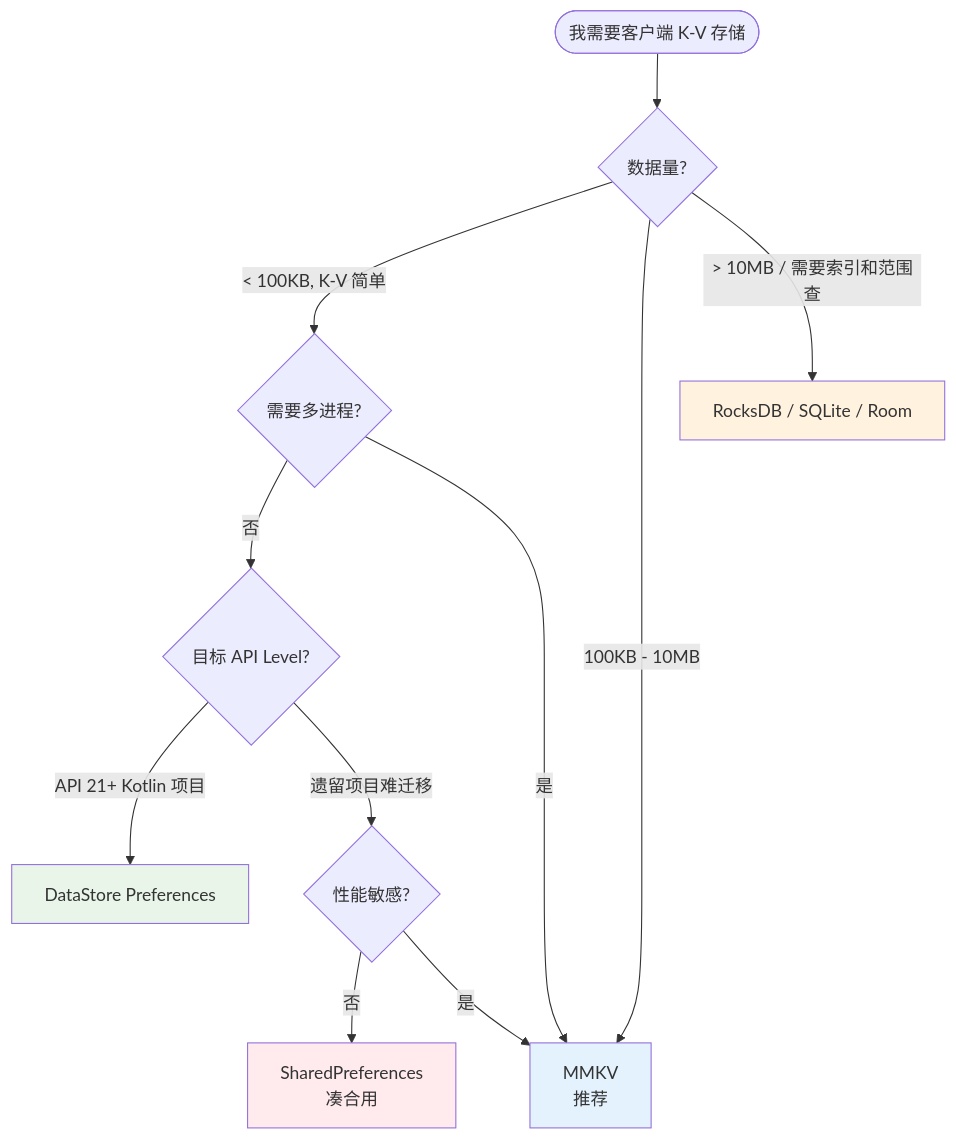
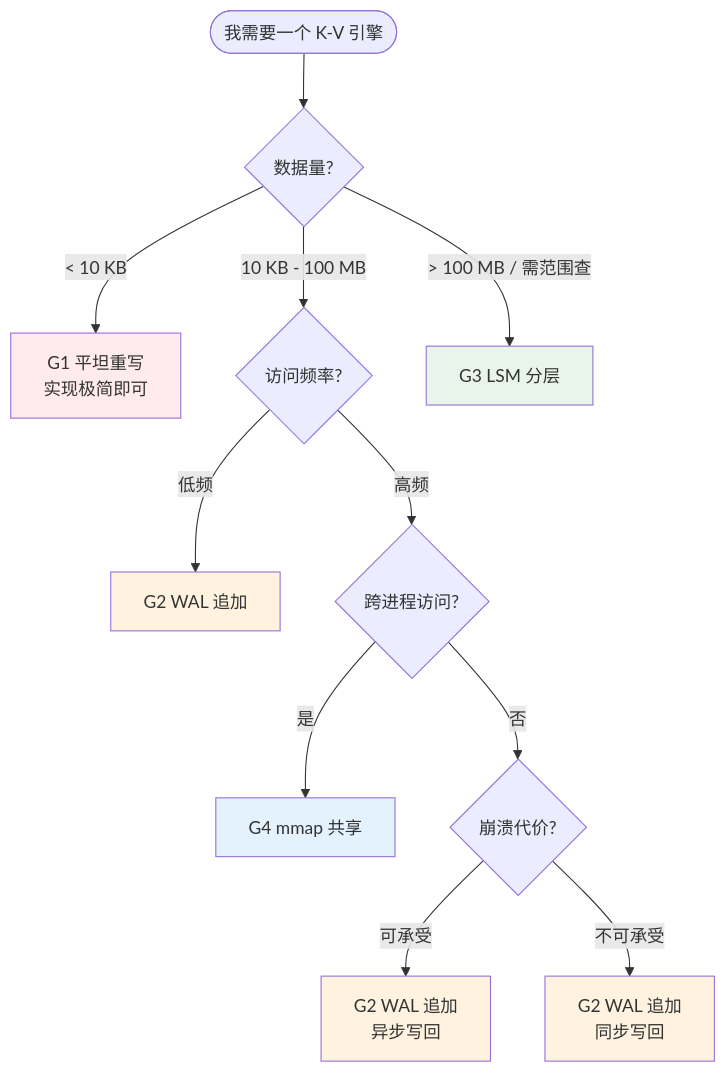
Diagram 24 of 28 in docs/10.真经/05.方案设计思想/04.缓存架构设计思想.md (chongyang211/YCBookBlog), drawn with Mermaid before and after one commit. The commit also changed other lines of this file and 1 other file, not shown here.

````diff
--- a/docs/10.真经/05.方案设计思想/04.缓存架构设计思想.md
+++ b/docs/10.真经/05.方案设计思想/04.缓存架构设计思想.md
@@ -2259,22 +1985,24 @@
 ```mermaid
 flowchart TD
-    Start([我需要客户端 K-V 存储]) --> Q1{数据量?}
+    Start([我需要一个 K-V 引擎]) --> Q1{数据量?}
     
-    Q1 -->|< 100KB, K-V 简单| Q2{需要多进程?}
-    Q1 -->|100KB - 10MB| MMKV[MMKV<br/>推荐]
-    Q1 -->|> 10MB / 需要索引和范围查| DB[RocksDB / SQLite / Room]
+    Q1 -->|< 10 KB| G1[G1 平坦重写<br/>实现极简即可]
+    Q1 -->|10 KB - 100 MB| Q2{访问频率?}
+    Q1 -->|> 100 MB / 需范围查| G3[G3 LSM 分层]
     
-    Q2 -->|否| Q3{目标 API Level?}
-    Q2 -->|是| MMKV
+    Q2 -->|低频| G2[G2 WAL 追加]
+    Q2 -->|高频| Q3{跨进程访问?}
     
-    Q3 -->|API 21+ Kotlin 项目| DataStore[DataStore Preferences]
-    Q3 -->|遗留项目难迁移| Q4{性能敏感?}
+    Q3 -->|是| G4[G4 mmap 共享]
+    Q3 -->|否| Q4{崩溃代价?}
     
-    Q4 -->|否| SP[SharedPreferences<br/>凑合用]
-    Q4 -->|是| MMKV
+    Q4 -->|可承受| G2A[G2 WAL 追加<br/>异步写回]
+    Q4 -->|不可承受| G2B[G2 WAL 追加<br/>同步写回]
     
-    style SP fill:#ffebee
-    style DataStore fill:#e8f5e8
-    style MMKV fill:#e3f2fd
-    style DB fill:#fff3e0
+    style G1 fill:#ffebee
+    style G2 fill:#fff3e0
+    style G2A fill:#fff3e0
+    style G2B fill:#fff3e0
+    style G3 fill:#e8f5e8
+    style G4 fill:#e3f2fd
 ```
````
